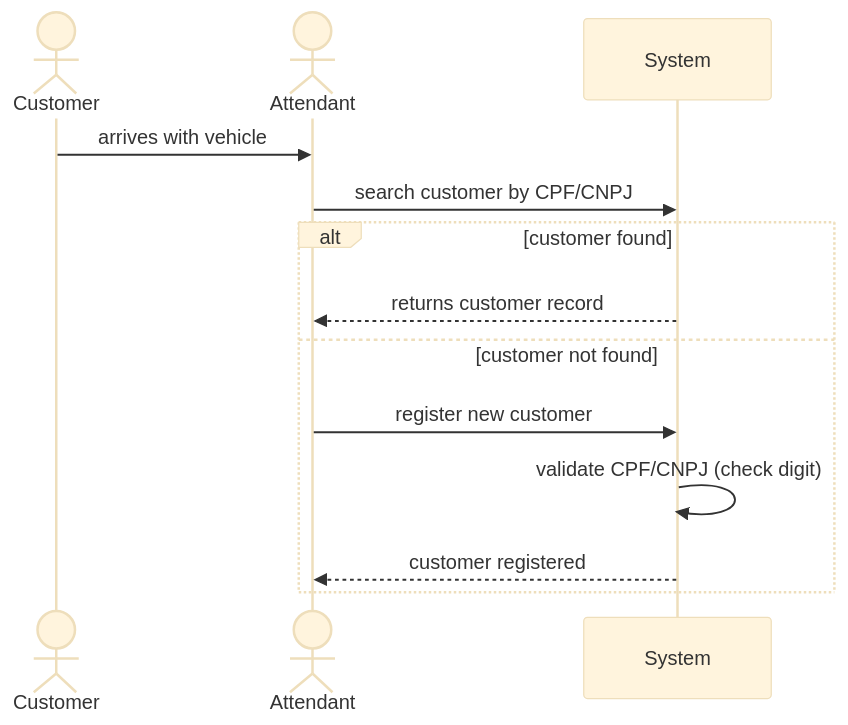
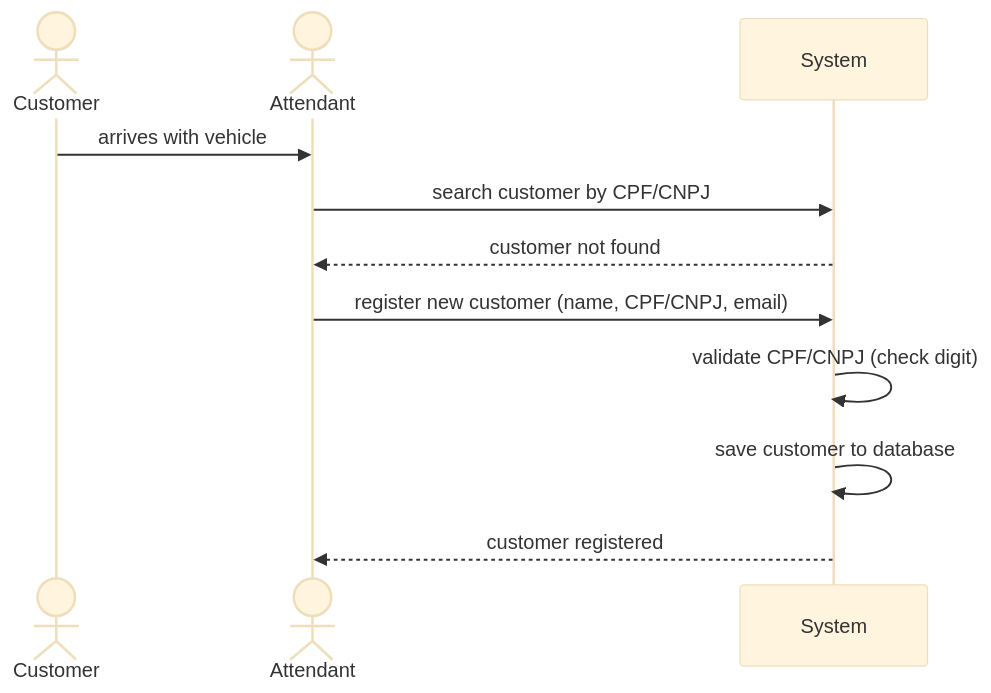
Before and after one commit to rnataoliveira/mechanics-software: the second of 16 diagrams in docs/domain/domain-storytelling.md, drawn with Mermaid (base theme). The commit also changed other lines of this file, not shown here.

````diff
--- a/docs/domain/domain-storytelling.md
+++ b/docs/domain/domain-storytelling.md
@@ -32,16 +65,14 @@
 ```mermaid
 sequenceDiagram
     actor Customer
     actor Attendant
     participant System
 
     Customer->>Attendant: arrives with vehicle
     Attendant->>System: search customer by CPF/CNPJ
-    alt customer found
-        System-->>Attendant: returns customer record
-    else customer not found
-        Attendant->>System: register new customer
-        System->>System: validate CPF/CNPJ (check digit)
-        System-->>Attendant: customer registered
-    end
+    System-->>Attendant: customer not found
+    Attendant->>System: register new customer (name, CPF/CNPJ, email)
+    System->>System: validate CPF/CNPJ (check digit)
+    System->>System: save customer to database
+    System-->>Attendant: customer registered
 ```
````
